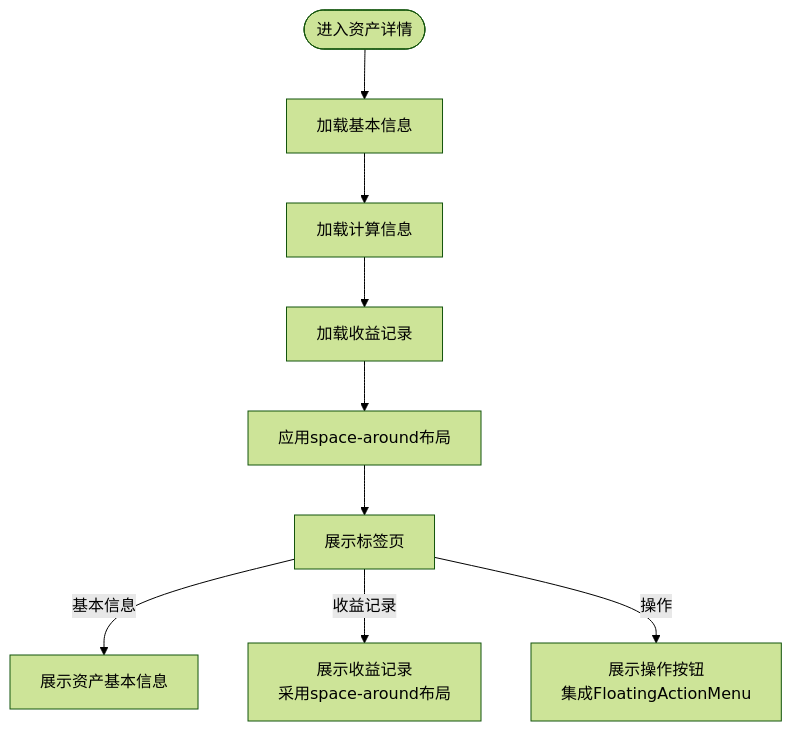
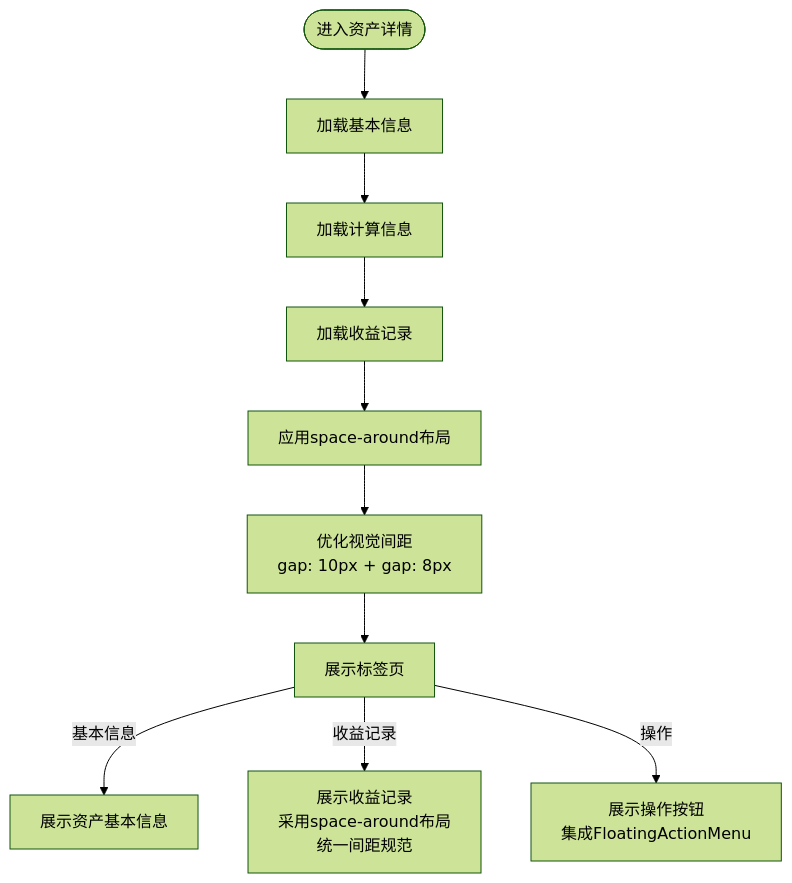
Before and after one commit to xiao-lin-unit/yuan: the fourth of 15 diagrams in .qoder/repowiki/zh/content/资产管理/资产管理.md, drawn with Mermaid (forest theme). The commit also changed other lines of this file and 7 other files, not shown here.

````diff
--- a/.qoder/repowiki/zh/content/资产管理/资产管理.md
+++ b/.qoder/repowiki/zh/content/资产管理/资产管理.md
@@ -259,11 +262,12 @@
 ```mermaid
 flowchart TD
 Enter(["进入资产详情"]) --> LoadBasic["加载基本信息"]
 LoadBasic --> LoadCalc["加载计算信息"]
 LoadCalc --> LoadRecords["加载收益记录"]
 LoadRecords --> SpaceAround["应用space-around布局"]
-SpaceAround --> ShowTabs["展示标签页"]
+SpaceAround --> OptimizeSpacing["优化视觉间距<br/>gap: 10px + gap: 8px"]
+OptimizeSpacing --> ShowTabs["展示标签页"]
 ShowTabs --> |基本信息| BasicInfo["展示资产基本信息"]
-ShowTabs --> |收益记录| IncomeRecords["展示收益记录<br/>采用space-around布局"]
+ShowTabs --> |收益记录| IncomeRecords["展示收益记录<br/>采用space-around布局<br/>统一间距规范"]
 ShowTabs --> |操作| Actions["展示操作按钮<br/>集成FloatingActionMenu"]
 ```
````
